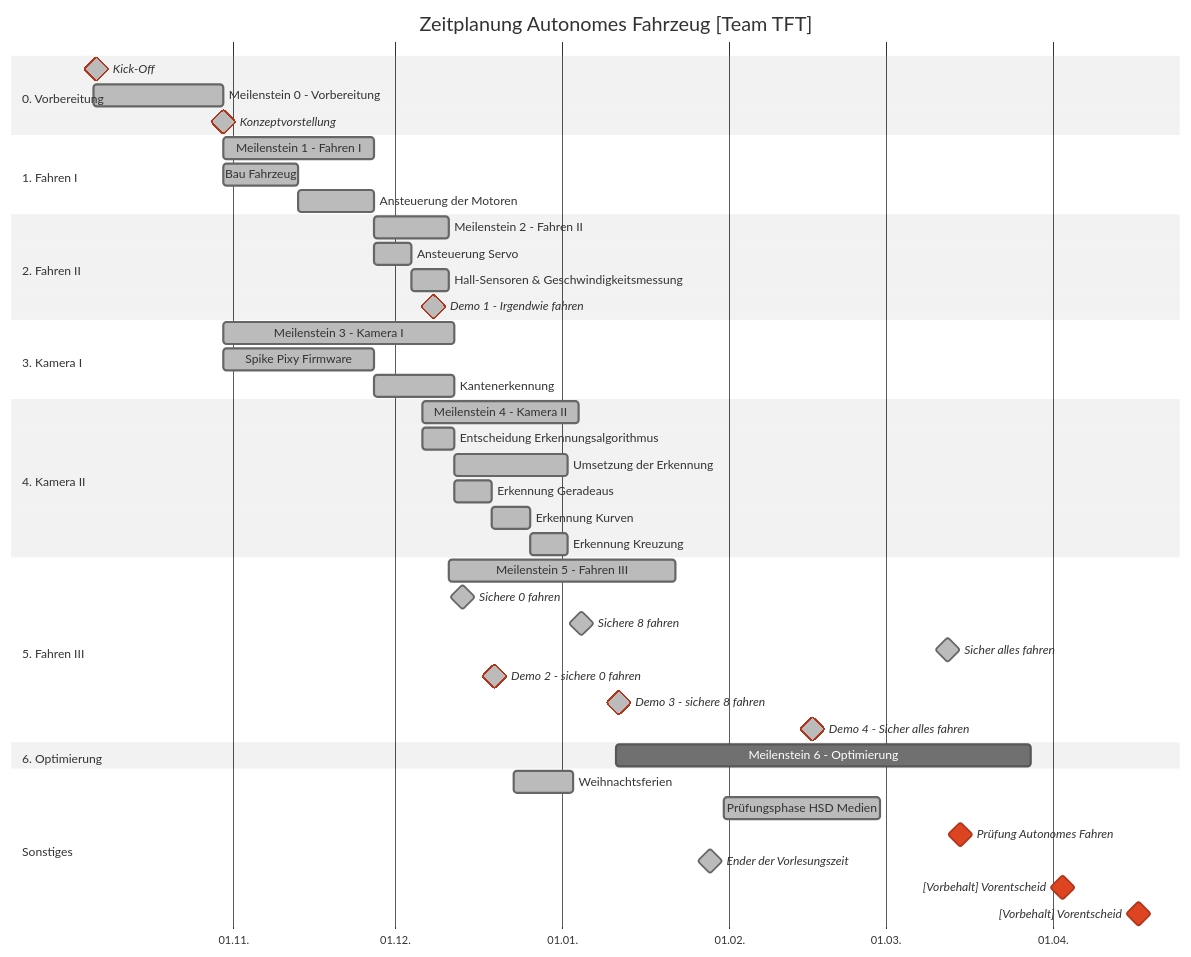
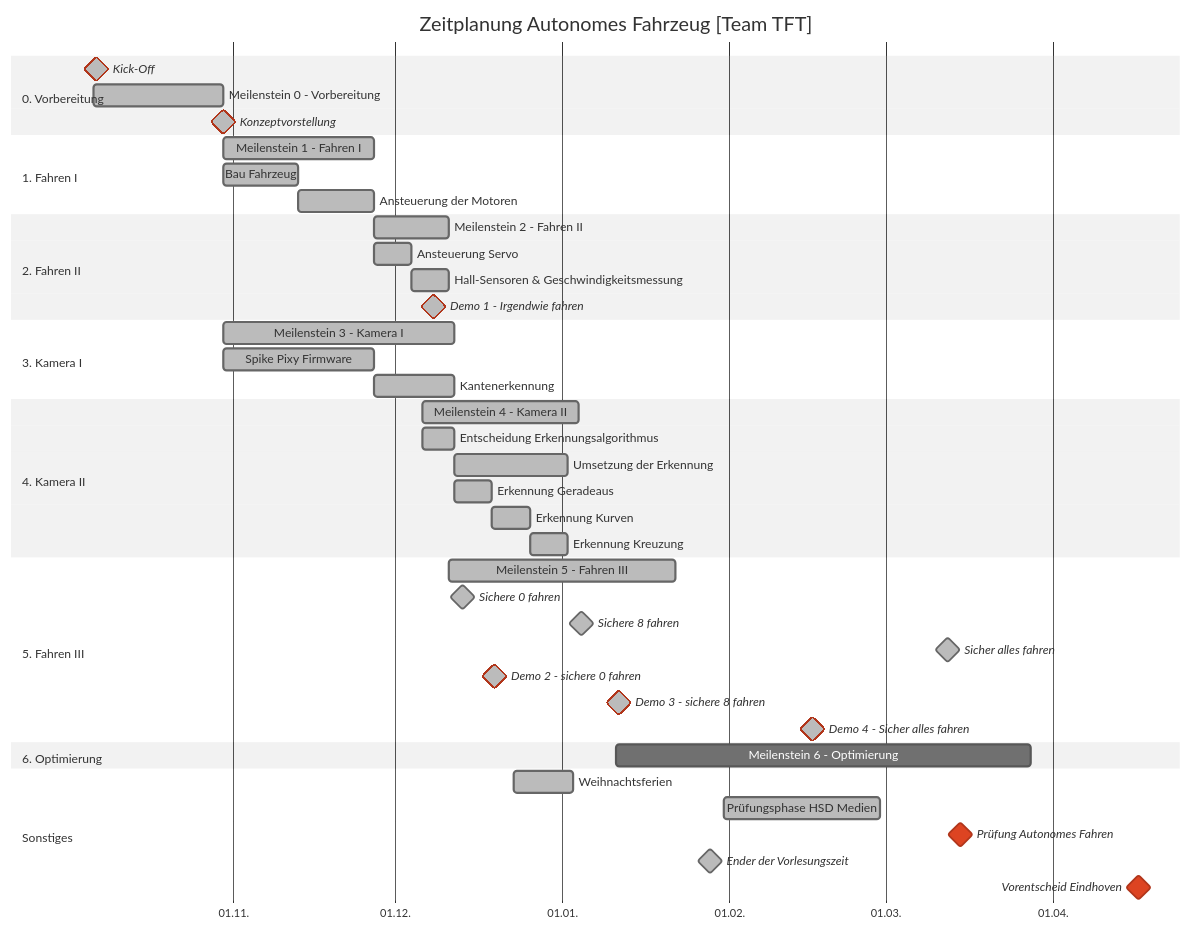
One commit to Thilos-Projects/NXPCupCar changed the diagram in README.md. Above: the diagram before and after it, drawn with Mermaid (neutral theme).

Commit message:
Update Timeline

````diff
--- a/README.md
+++ b/README.md
@@ -84,7 +84,6 @@
     Prüfung Autonomes Fahren : crit, milestone, p9, 2024-03-15, 0d
     Ender der Vorlesungszeit : done, milestone, p3, 2024-01-28, 1d
 
-    [Vorbehalt] Vorentscheid: crit, milestone, pc1, 2024-04-03, 0d
-    [Vorbehalt] Vorentscheid: crit, milestone, pc1, 2024-04-17, 0d
+    Vorentscheid Eindhoven: crit, milestone, nxp0, 2024-04-17, 0d
 
 ```
````
